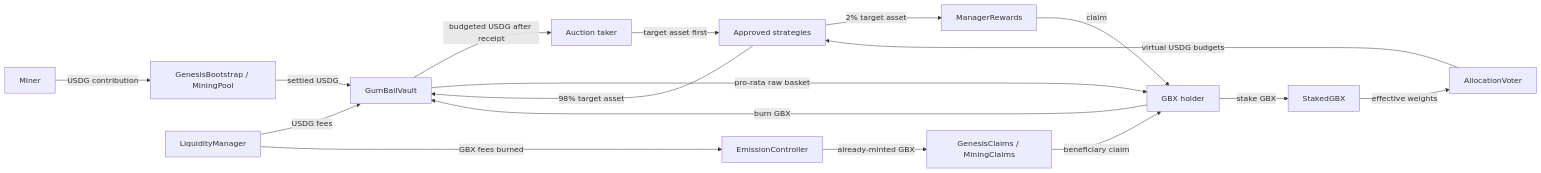
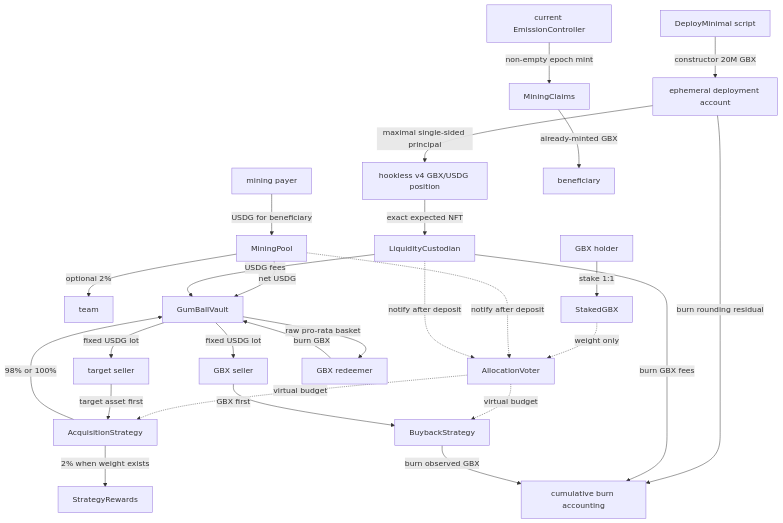
The diagram in docs/ARCHITECTURE.md (Heesho/gumball6900), drawn with Mermaid before and after one commit. The commit also changed other lines of this file and 738 other files, not shown here.

Commit message:
feat: complete minimal GBX protocol rebuild

````diff
--- a/docs/ARCHITECTURE.md
+++ b/docs/ARCHITECTURE.md
@@ -17,23 +20,33 @@
 ```mermaid
-flowchart LR
-  miner["Miner"] -->|"USDG contribution"| bootstrap["GenesisBootstrap / MiningPool"]
-  bootstrap -->|"settled USDG"| vault["GumBallVault"]
-  controller["EmissionController"] -->|"already-minted GBX"| claims["GenesisClaims / MiningClaims"]
-  claims -->|"beneficiary claim"| holder["GBX holder"]
+flowchart TD
+    deploy["DeployMinimal script"] -->|"constructor 20M GBX"| account["ephemeral deployment account"]
+    account -->|"maximal single-sided principal"| pool["hookless v4 GBX/USDG position"]
+    account -->|"burn rounding residual"| burn["cumulative burn accounting"]
+    pool -->|"exact expected NFT"| custodian["LiquidityCustodian"]
 
-  holder -->|"stake GBX"| staked["StakedGBX"]
-  staked -->|"effective weights"| voter["AllocationVoter"]
-  voter -->|"virtual USDG budgets"| strategy["Approved strategies"]
-  strategy -->|"98% target asset"| vault
-  strategy -->|"2% target asset"| rewards["ManagerRewards"]
-  rewards -->|"claim"| holder
+    payer["mining payer"] -->|"USDG for beneficiary"| mining["MiningPool"]
+    mining -->|"optional 2%"| team["team"]
+    mining -->|"net USDG"| vault["GumBallVault"]
+    controller["current EmissionController"] -->|"non-empty epoch mint"| claims["MiningClaims"]
+    claims -->|"already-minted GBX"| beneficiary["beneficiary"]
 
-  taker["Auction taker"] -->|"target asset first"| strategy
-  vault -->|"budgeted USDG after receipt"| taker
+    holder["GBX holder"] -->|"stake 1:1"| staked["StakedGBX"]
+    staked -. "weight only" .-> voter["AllocationVoter"]
+    mining -. "notify after deposit" .-> voter
+    custodian -->|"USDG fees"| vault
+    custodian -->|"burn GBX fees"| burn
+    custodian -. "notify after deposit" .-> voter
 
-  holder -->|"burn GBX"| vault
-  vault -->|"pro-rata raw basket"| holder
+    voter -. "virtual budget" .-> acquisition["AcquisitionStrategy"]
+    voter -. "virtual budget" .-> buyback["BuybackStrategy"]
+    seller["target seller"] -->|"target asset first"| acquisition
+    acquisition -->|"98% or 100%"| vault
+    acquisition -->|"2% when weight exists"| rewards["StrategyRewards"]
+    vault -->|"fixed USDG lot"| seller
+    buybackSeller["GBX seller"] -->|"GBX first"| buyback
+    buyback -->|"burn observed GBX"| burn
+    vault -->|"fixed USDG lot"| buybackSeller
 
-  liquidity["LiquidityManager"] -->|"USDG fees"| vault
-  liquidity -->|"GBX fees burned"| controller
+    redeemer["GBX redeemer"] -->|"burn GBX"| vault
+    vault -->|"raw pro-rata basket"| redeemer
 ```
````
